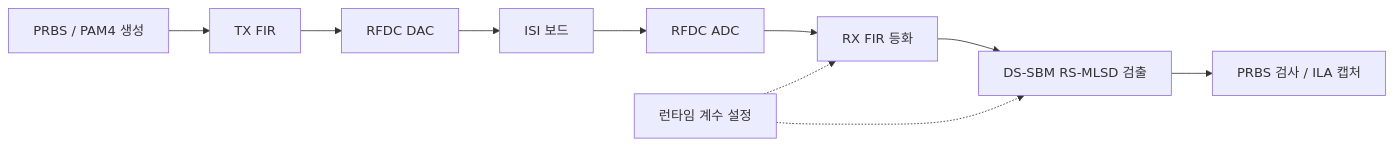
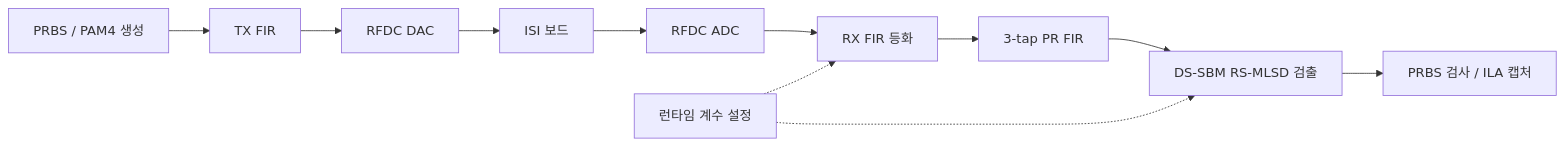
One commit to yunjuhyeong0916-glitch/jhyun changed the diagram in projects/zcu208-pam4-dsp-portfolio/README.md. Above: the diagram before and after it, drawn with Mermaid. The commit also changed other lines of this file and 20 other files, not shown here.

````diff
--- a/projects/zcu208-pam4-dsp-portfolio/README.md
+++ b/projects/zcu208-pam4-dsp-portfolio/README.md
@@ -21,12 +21,13 @@
 ```mermaid
 flowchart LR
     P[PRBS / PAM4 생성] --> T[TX FIR]
     T --> D[RFDC DAC]
     D --> I[ISI 보드]
     I --> A[RFDC ADC]
     A --> R[RX FIR 등화]
-    R --> M[DS-SBM RS-MLSD 검출]
+    R --> Q[3-tap PR FIR]
+    Q --> M[DS-SBM RS-MLSD 검출]
     M --> C[PRBS 검사 / ILA 캡처]
     G[런타임 계수 설정] -.-> R
     G -.-> M
 ```
````
